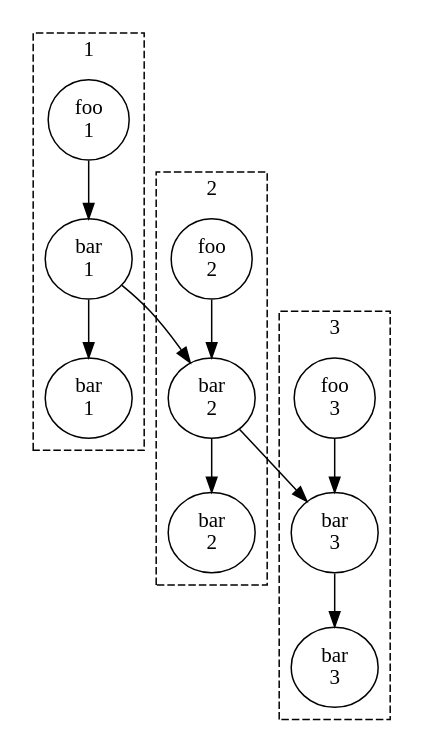
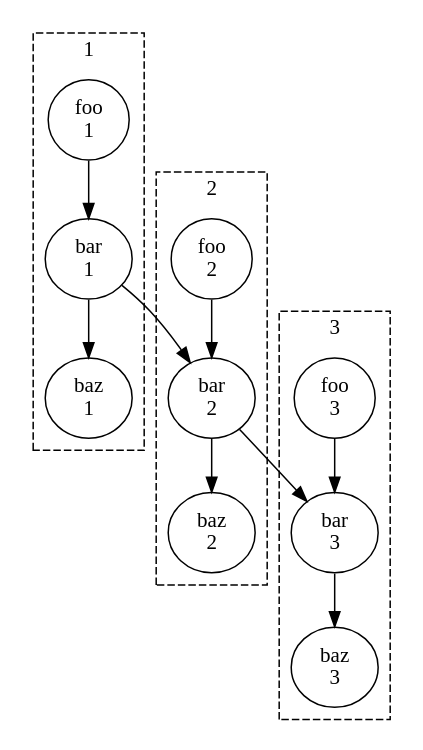
The third of 3 diagrams in sphinx/glossary.rst (metomi/rose), drawn with Graphviz before and after one commit. The commit also changed other lines of this file, not shown here.

Commit message:
Fix typos, schematic errors and unclear sentences

```diff
--- a/sphinx/glossary.rst
+++ b/sphinx/glossary.rst
@@ -274,34 +275,34 @@
       .. digraph:: example
          :align: center
 
          bgcolor=none
          size = "3,5"
 
          subgraph cluster_1 {
              label = "1"
              style = dashed
              "foo.1" [label="foo\n1"]
              "bar.1" [label="bar\n1"]
-             "baz.1" [label="bar\n1"]
+             "baz.1" [label="baz\n1"]
          }
 
          subgraph cluster_2 {
              label = "2"
              style = dashed
              "foo.2" [label="foo\n2"]
              "bar.2" [label="bar\n2"]
-             "baz.2" [label="bar\n2"]
+             "baz.2" [label="baz\n2"]
          }
 
          subgraph cluster_3 {
              label = "3"
              style = dashed
              "foo.3" [label="foo\n3"]
              "bar.3" [label="bar\n3"]
-             "baz.3" [label="bar\n3"]
+             "baz.3" [label="baz\n3"]
          }
 
          "foo.1" -> "bar.1" -> "baz.1"
          "foo.2" -> "bar.2" -> "baz.2"
          "foo.3" -> "bar.3" -> "baz.3"
          "bar.1" -> "bar.2" -> "bar.3"
```
